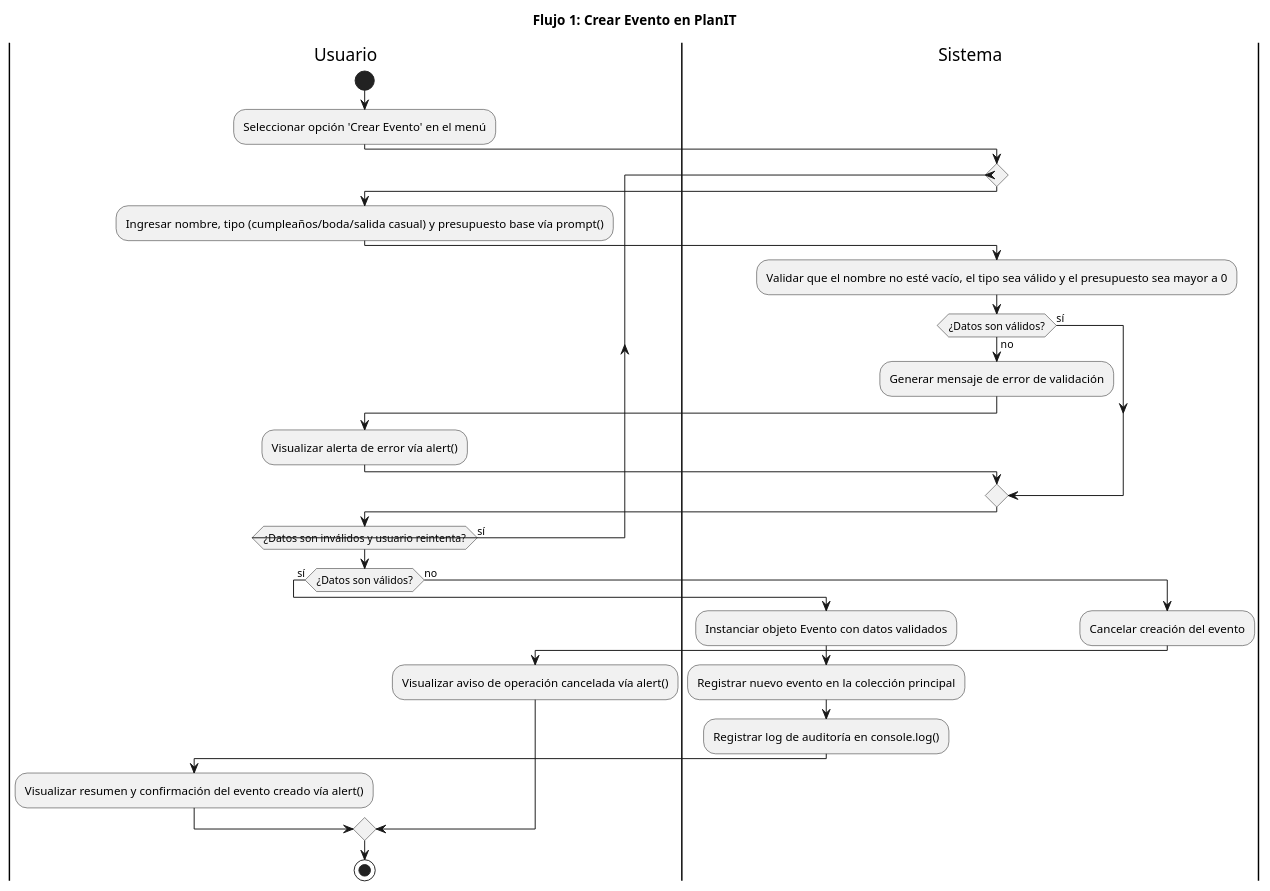
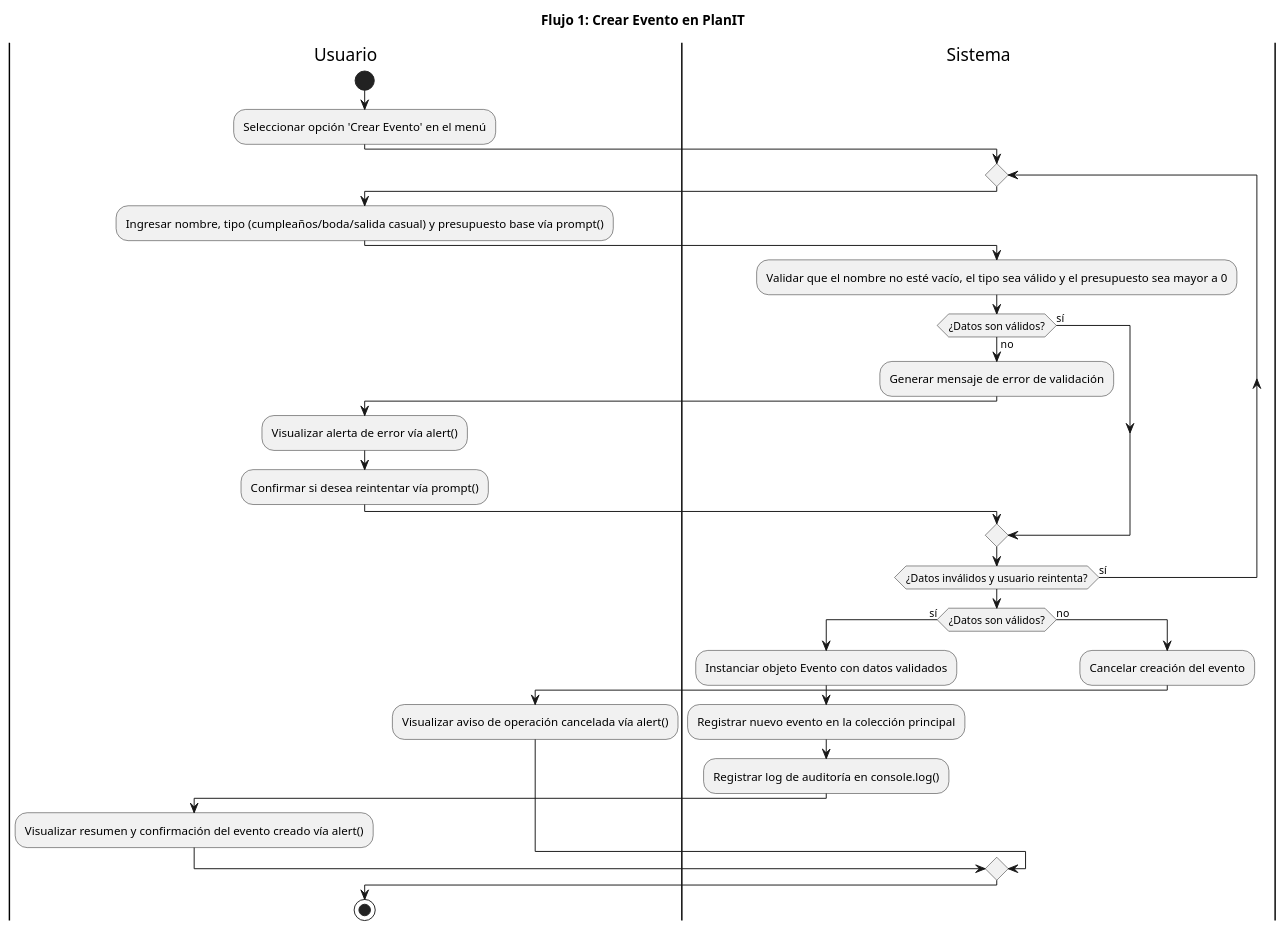
One commit to carolabenvenuto-uces/planit changed the diagram in docs/05-diagramas/01-diagrama-de-actividades/actividad-flujo-1-crear-evento.puml. Above: the diagram before and after it, drawn with PlantUML. The commit also changed 1 other file, not shown here.

Commit message:
fix(diagramas): agrega decision de reintento a usuario y corrige carril Sistema en flujo 1

```diff
--- a/docs/05-diagramas/01-diagrama-de-actividades/actividad-flujo-1-crear-evento.puml
+++ b/docs/05-diagramas/01-diagrama-de-actividades/actividad-flujo-1-crear-evento.puml
@@ -1,42 +1,45 @@
 @startuml actividad-flujo-1-crear-evento
 title Flujo 1: Crear Evento en PlanIT
 
 |Usuario|
 start
 :Seleccionar opción 'Crear Evento' en el menú;
 
 |Sistema|
 repeat
   |Usuario|
   :Ingresar nombre, tipo (cumpleaños/boda/salida casual) y presupuesto base vía prompt();
   
   |Sistema|
   :Validar que el nombre no esté vacío, el tipo sea válido y el presupuesto sea mayor a 0;
   
   if (¿Datos son válidos?) then (no)
     :Generar mensaje de error de validación;
     
     |Usuario|
     :Visualizar alerta de error vía alert();
+    :Confirmar si desea reintentar vía prompt();
   else (sí)
   endif
-repeat while (¿Datos son inválidos y usuario reintenta?) is (sí)
+  
+  |Sistema|
+repeat while (¿Datos inválidos y usuario reintenta?) is (sí)
 
+|Sistema|
 if (¿Datos son válidos?) then (sí)
-  |Sistema|
   :Instanciar objeto Evento con datos validados;
   :Registrar nuevo evento en la colección principal;
   :Registrar log de auditoría en console.log();
   
   |Usuario|
   :Visualizar resumen y confirmación del evento creado vía alert();
 else (no)
   |Sistema|
   :Cancelar creación del evento;
   
   |Usuario|
   :Visualizar aviso de operación cancelada vía alert();
 endif
 
 stop
 @enduml
```
